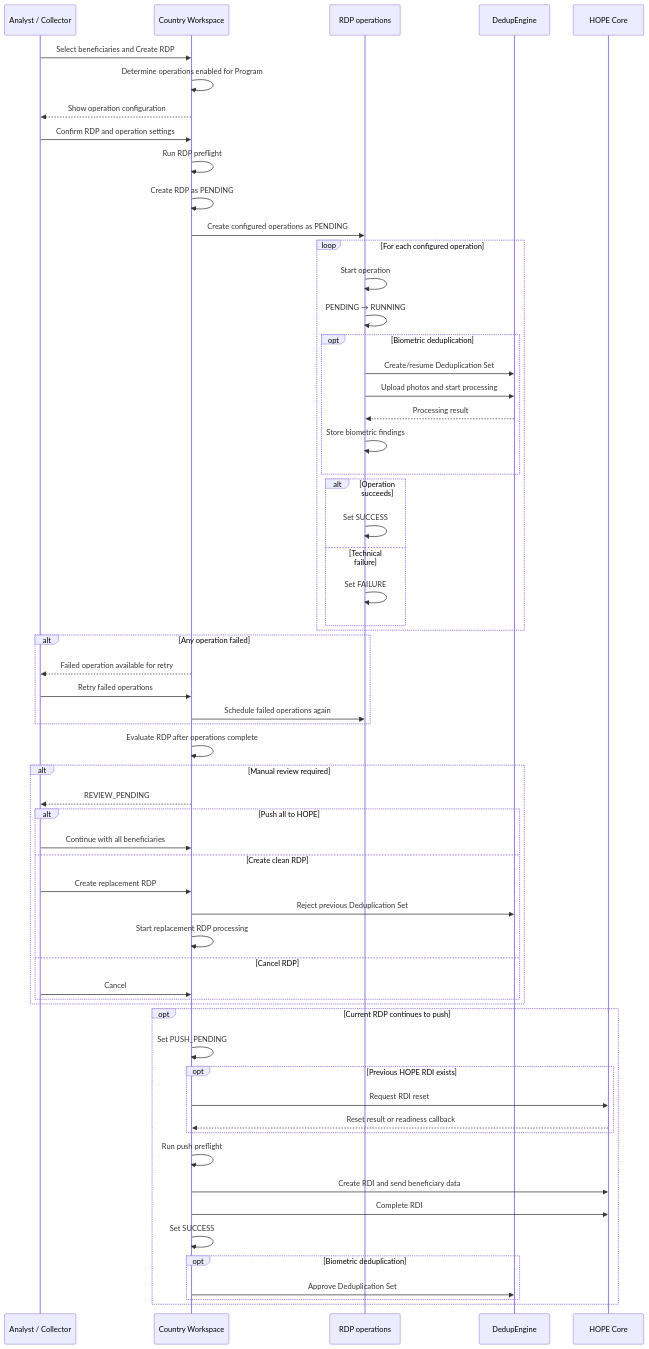
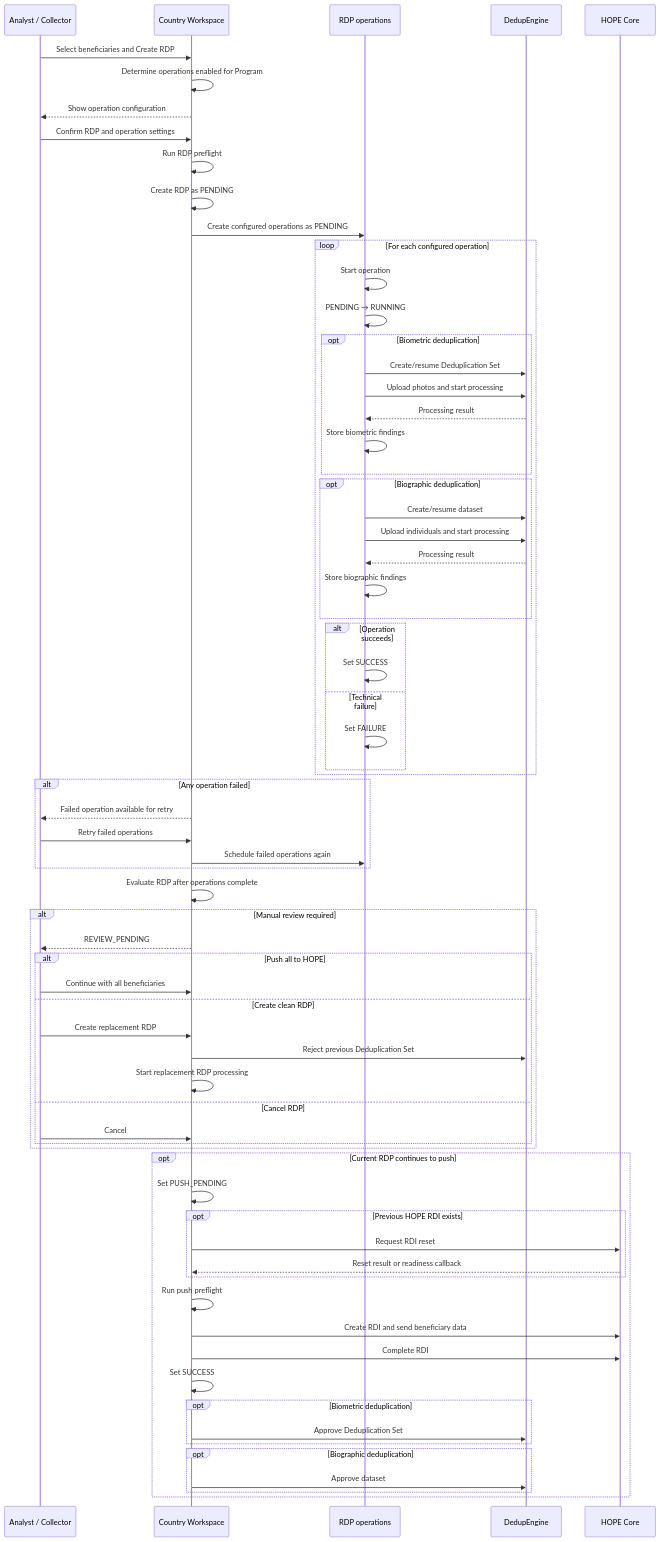
One commit to unicef/hope-country-workspace changed the diagram in docs/src/rdp/processing.md. Above: the diagram before and after it, drawn with Mermaid. The commit also changed other lines of this file and 53 other files, not shown here.

First line of the commit message:
feat: add biographic deduplication RDP operation

````diff
--- a/docs/src/rdp/processing.md
+++ b/docs/src/rdp/processing.md
@@ -32,6 +32,13 @@
             OP->>DE: Upload photos and start processing
             DE-->>OP: Processing result
             OP->>OP: Store biometric findings
+        end
+
+        opt Biographic deduplication
+            OP->>DE: Create/resume dataset
+            OP->>DE: Upload individuals and start processing
+            DE-->>OP: Processing result
+            OP->>OP: Store biographic findings
         end
 
         alt Operation succeeds
@@ -79,5 +86,9 @@
         opt Biometric deduplication
             CW->>DE: Approve Deduplication Set
         end
+
+        opt Biographic deduplication
+            CW->>DE: Approve dataset
+        end
     end
 ```
````
